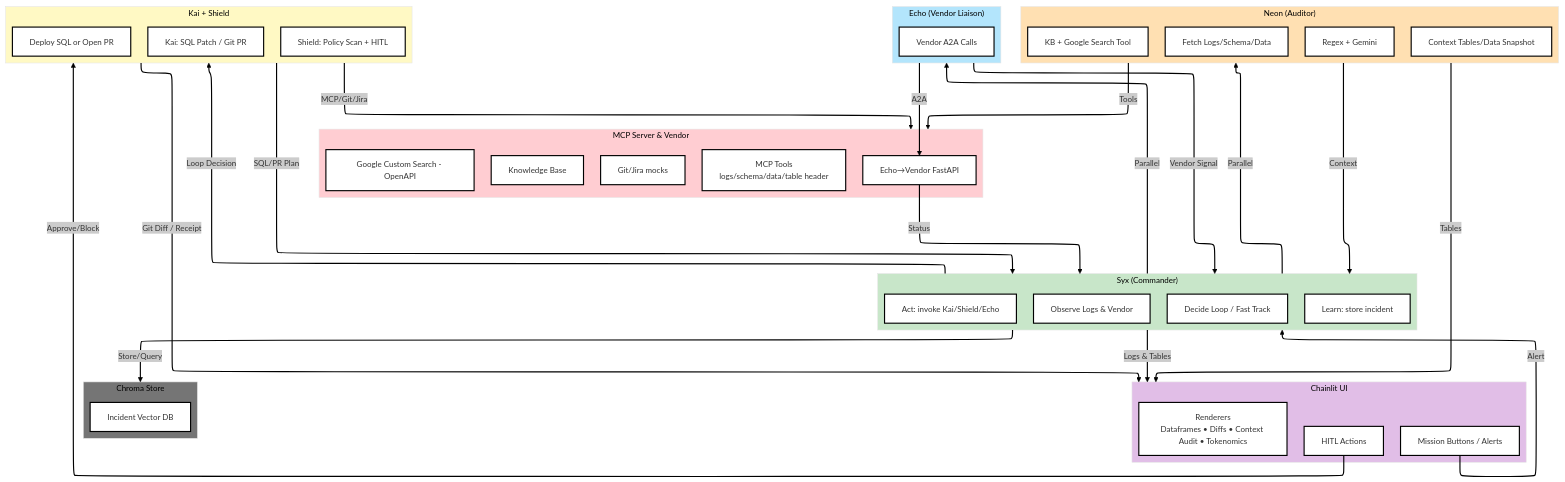
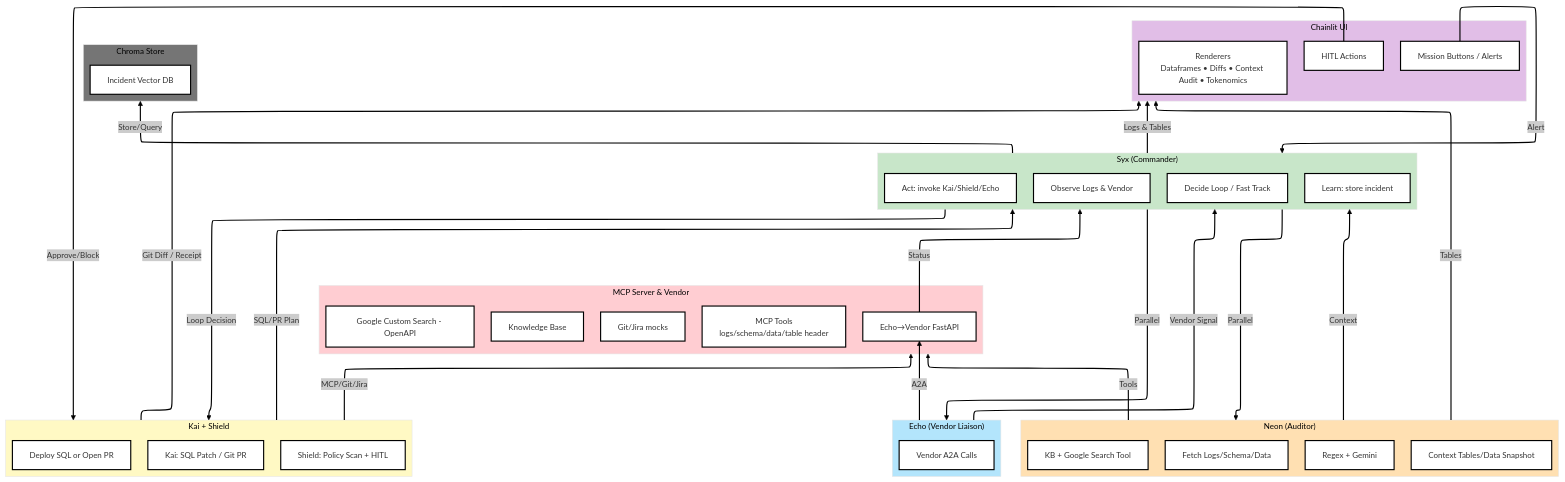
One commit to syedhope/dart changed the first of 3 diagrams in README.md. Above: the diagram before and after it, drawn with Mermaid. The commit also changed other lines of this file, not shown here.

````diff
--- a/README.md
+++ b/README.md
@@ -173,65 +173,65 @@
 ```mermaid
 ---
 config:
   layout: elk
   theme: neo
 ---
-flowchart TB
+flowchart BT
  subgraph UI["Chainlit UI"]
         A["Mission Buttons / Alerts"]
         B["Renderers<br>Dataframes • Diffs • Context Audit • Tokenomics"]
         C["HITL Actions"]
   end
  subgraph Control["Syx (Commander)"]
         S1["Observe Logs & Vendor"]
         S2["Decide Loop / Fast Track"]
         S3["Act: invoke Kai/Shield/Echo"]
         S4["Learn: store incident"]
   end
  subgraph Evidence["Neon (Auditor)"]
         N1["Fetch Logs/Schema/Data"]
         N2["Regex + Gemini"]
         N3["KB + Google Search Tool"]
         N4["Context Tables/Data Snapshot"]
   end
  subgraph EchoAgent["Echo (Vendor Liaison)"]
         E1["Vendor A2A Calls"]
   end
  subgraph Remediation["Kai + Shield"]
         K1["Kai: SQL Patch / Git PR"]
         K2["Shield: Policy Scan + HITL"]
         K3["Deploy SQL or Open PR"]
   end
  subgraph Infra["MCP Server & Vendor"]
         M1["MCP Tools<br>logs/schema/data/table header"]
         M2["Git/Jira mocks"]
         M3["Knowledge Base"]
         M4["Google Custom Search - OpenAPI"]
         V1["Echo→Vendor FastAPI"]
   end
  subgraph Memory["Chroma Store"]
         R1["Incident Vector DB"]
   end
     A -- Alert --> Control
     Control -- Parallel --> Evidence & EchoAgent
     Evidence -- Context --> Control
     EchoAgent -- Vendor Signal --> Control
     Control -- Loop Decision --> Remediation
     Remediation -- SQL/PR Plan --> Control
     C -- Approve/Block --> Remediation
     Control -- Logs & Tables --> UI
     Evidence -- Tables --> UI
     Remediation -- Git Diff / Receipt --> UI
     Control -- Store/Query --> Memory
     Evidence -- Tools --> Infra
     Remediation -- MCP/Git/Jira --> Infra
     EchoAgent -- A2A --> V1
     V1 -- Status --> Control
     style Control fill:#C8E6C9
     style Evidence fill:#FFE0B2
     style EchoAgent fill:#B3E5FC
     style Remediation fill:#FFF9C4
     style UI fill:#E1BEE7
     style Memory fill:#757575
     style Infra fill:#FFCDD2
 ```
````
